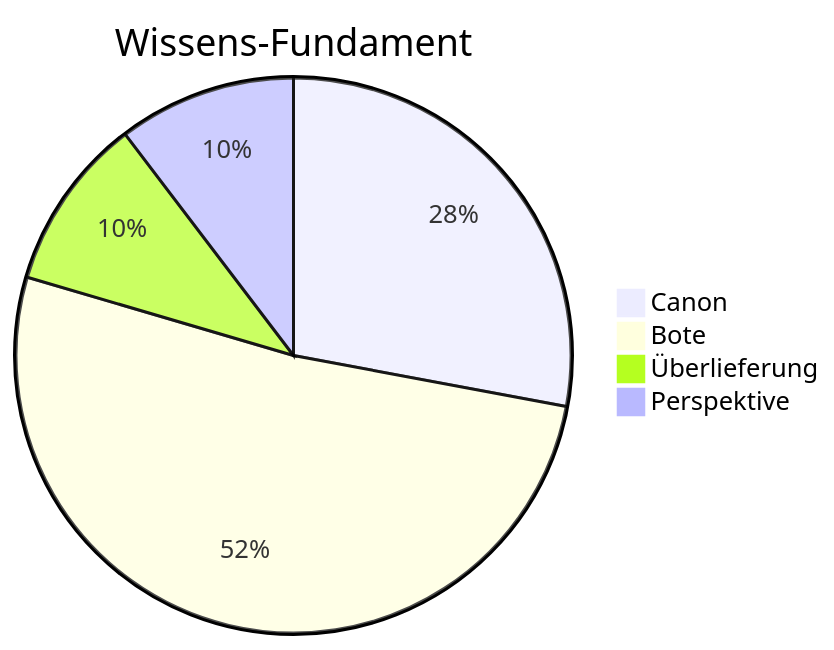
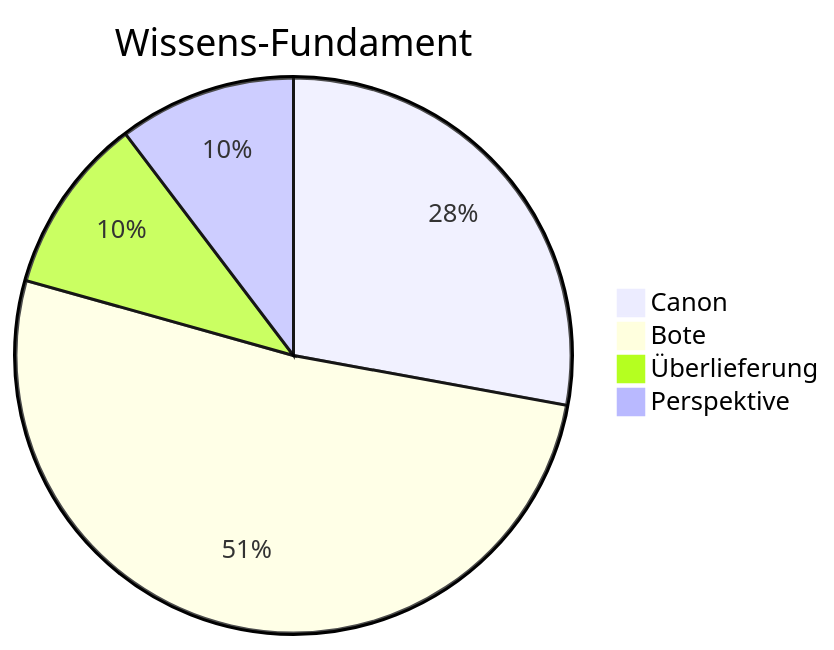
The third of 4 diagrams in Siebenwind_Wiki/10_Archiv/Wiki_Statistiken.md (Siebenwind/7w_wiki), drawn with Mermaid before and after one commit. The commit also changed other lines of this file and 13 other files, not shown here.

````diff
--- a/Siebenwind_Wiki/10_Archiv/Wiki_Statistiken.md
+++ b/Siebenwind_Wiki/10_Archiv/Wiki_Statistiken.md
@@ -45,7 +45,7 @@
 ```mermaid
 pie title Wissens-Fundament
     "Canon" : 548
     "Bote" : 1012
-    "Überlieferung" : 198
+    "Überlieferung" : 203
     "Perspektive" : 203
 ```
````
